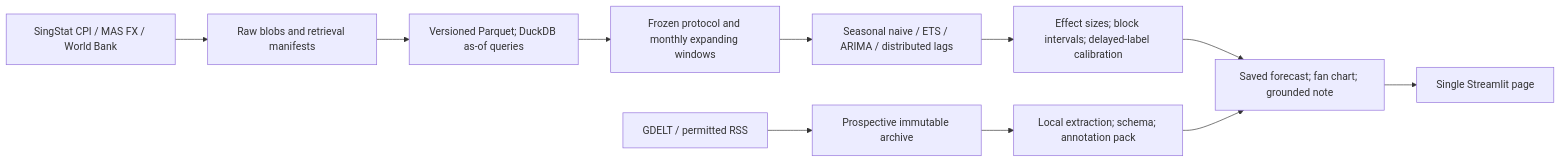
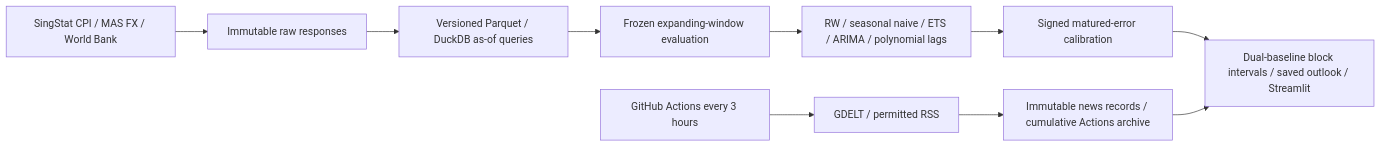
Before and after one commit to Samarthss05/Oil_Prices: the diagram in README.md, drawn with Mermaid. The commit also changed other lines of this file and 21 other files, not shown here.

Commit message:
Slice v2: RW baseline, two-sided calibration, pass-through, collector, UI fixes

````diff
--- a/README.md
+++ b/README.md
@@ -38,13 +28,12 @@
 ```mermaid
 flowchart LR
-  A[SingStat CPI / MAS FX / World Bank] --> B[Raw blobs and retrieval manifests]
-  B --> C[Versioned Parquet; DuckDB as-of queries]
-  C --> D[Frozen protocol and monthly expanding windows]
-  D --> E[Seasonal naive / ETS / ARIMA / distributed lags]
-  E --> F[Effect sizes; block intervals; delayed-label calibration]
-  F --> G[Saved forecast; fan chart; grounded note]
-  G --> H[Single Streamlit page]
-  N[GDELT / permitted RSS] --> R[Prospective immutable archive]
-  R --> X[Local extraction; schema; annotation pack]
-  X --> G
+  A[SingStat CPI / MAS FX / World Bank] --> B[Immutable raw responses]
+  B --> C[Versioned Parquet / DuckDB as-of queries]
+  C --> D[Frozen expanding-window evaluation]
+  D --> E[RW / seasonal naive / ETS / ARIMA / polynomial lags]
+  E --> F[Signed matured-error calibration]
+  F --> G[Dual-baseline block intervals / saved outlook / Streamlit]
+  N[GitHub Actions every 3 hours] --> R[GDELT / permitted RSS]
+  R --> S[Immutable news records / cumulative Actions archive]
+  S --> G
 ```
````
